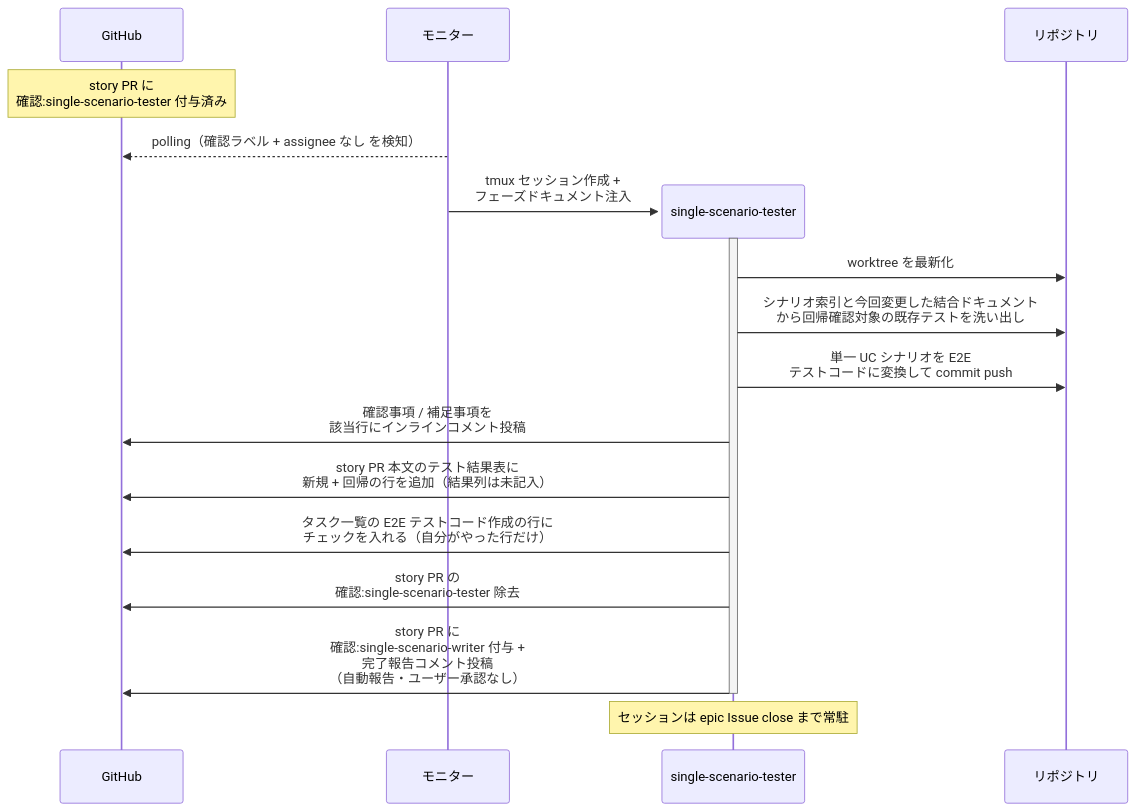
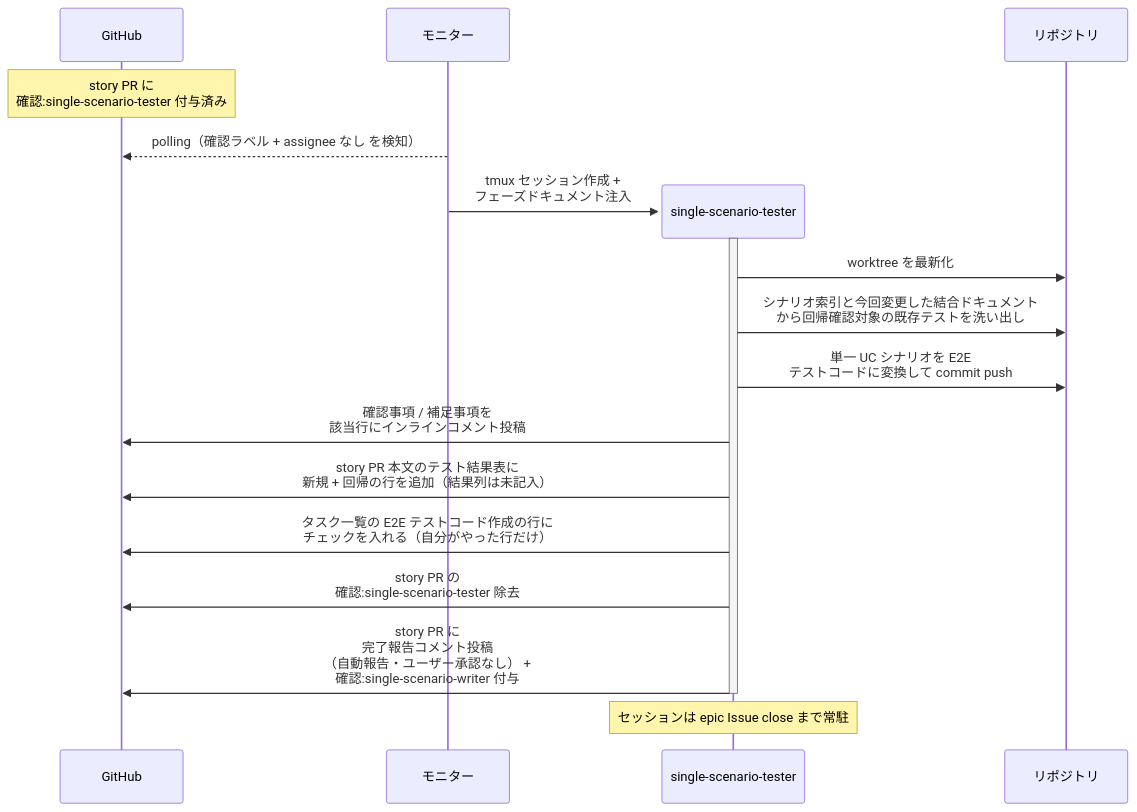
Before and after one commit to shuhei1101/ai-monitor: the first of 2 diagrams in docs/wiki/設計図/シナリオ/単一ユースケース/統合テスト実装.md, drawn with Mermaid. The commit also changed other lines of this file and 29 other files, not shown here.

````diff
--- a/docs/wiki/設計図/シナリオ/単一ユースケース/統合テスト実装.md
+++ b/docs/wiki/設計図/シナリオ/単一ユースケース/統合テスト実装.md
@@ -39,22 +39,22 @@
 ```mermaid
 sequenceDiagram
   participant GH as GitHub
   participant ORC as モニター
 
   Note over GH: story PR に<br>確認:single-scenario-tester 付与済み
   ORC-->>GH: polling（確認ラベル + assignee なし を検知）
   create participant MON as single-scenario-tester
   ORC->>MON: tmux セッション作成 +<br>フェーズドキュメント注入
   participant REPO as リポジトリ
   activate MON
   MON->>REPO: worktree を最新化
   MON->>REPO: シナリオ索引と今回変更した結合ドキュメント<br>から回帰確認対象の既存テストを洗い出し
   MON->>REPO: 単一 UC シナリオを E2E<br>テストコードに変換して commit push
   MON->>GH: 確認事項 / 補足事項を<br>該当行にインラインコメント投稿
   MON->>GH: story PR 本文のテスト結果表に<br>新規 + 回帰の行を追加（結果列は未記入）
   MON->>GH: タスク一覧の E2E テストコード作成の行に<br>チェックを入れる（自分がやった行だけ）
   MON->>GH: story PR の<br>確認:single-scenario-tester 除去
-  MON->>GH: story PR に<br>確認:single-scenario-writer 付与 +<br>完了報告コメント投稿<br>（自動報告・ユーザー承認なし）
+  MON->>GH: story PR に<br>完了報告コメント投稿<br>（自動報告・ユーザー承認なし） +<br>確認:single-scenario-writer 付与
   deactivate MON
   Note over MON: セッションは epic Issue close まで常駐
 ```
````
